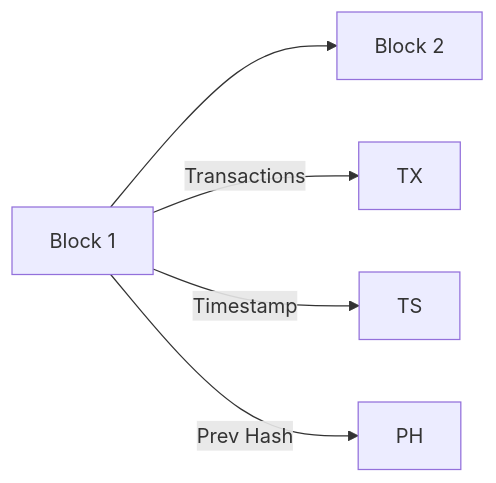
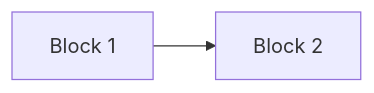
The first of 5 diagrams in homework/week1-article-blockchain.md (MrRogueKnight/Dev3Pack-Lisk-Solidity-Bootcamp-2025), drawn with Mermaid before and after one commit. The commit also changed other lines of this file, not shown here.

````diff
--- a/homework/week1-article-blockchain.md
+++ b/homework/week1-article-blockchain.md
@@ -39,9 +40,6 @@
 ```mermaid
 flowchart LR
     A[Block 1]
     B[Block 2]
     A --> B
-    A -->|Transactions| TX
-    A -->|Timestamp| TS
-    A -->|Prev Hash| PH
 ```
````
